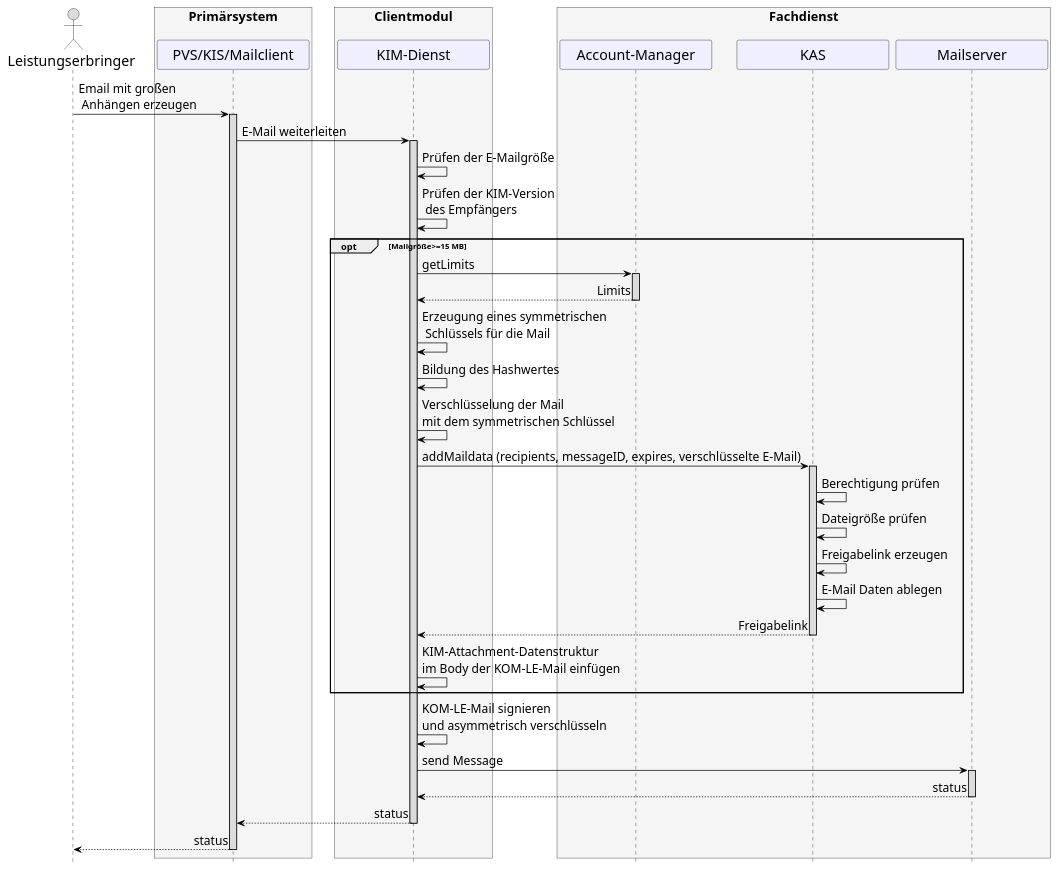
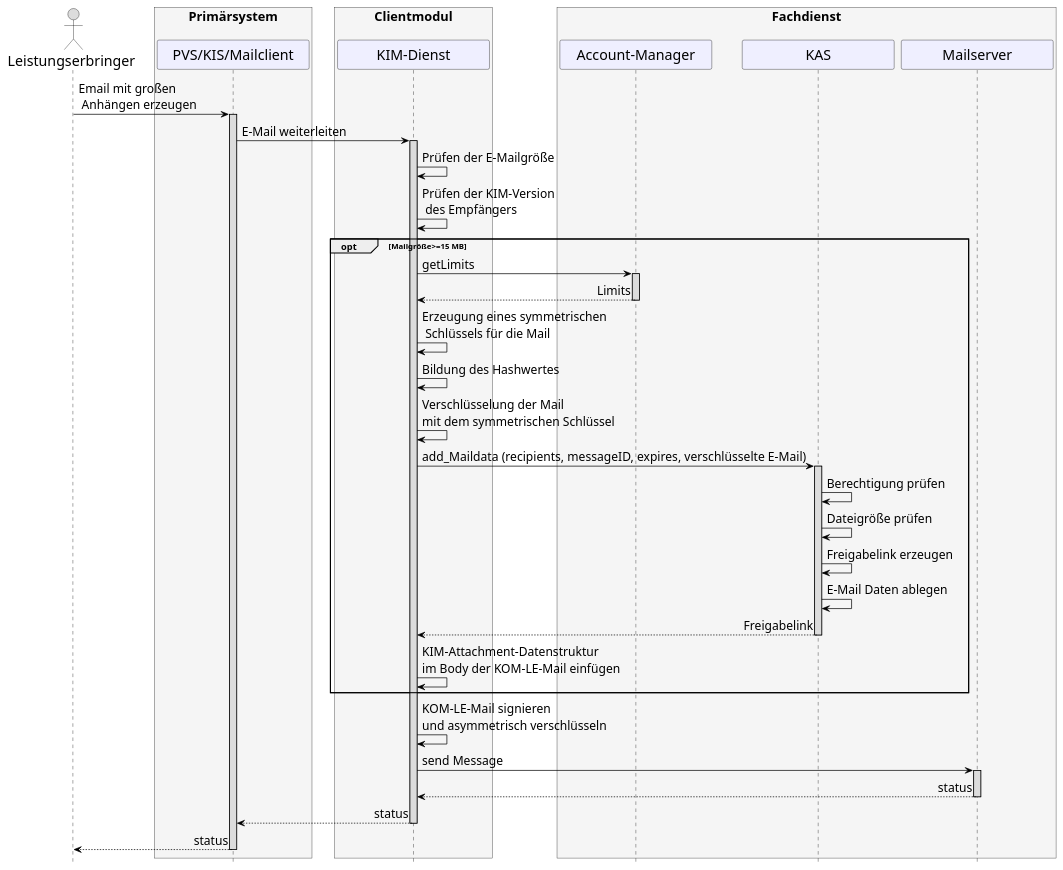
Before and after one commit to gematik/api-kim: the diagram in src/plantuml/Fachdienst/Seq_kas_email_senden.puml, drawn with PlantUML.

```diff
--- a/src/plantuml/Fachdienst/Seq_kas_email_senden.puml
+++ b/src/plantuml/Fachdienst/Seq_kas_email_senden.puml
@@ -8,72 +8,72 @@
 @startuml
 skinparam sequenceMessageAlign direction
 skinparam minClassWidth 200
 skinparam BoxPadding 15
 skinparam sequenceReferenceHeaderBackgroundColor palegreen
 scale max 2048 width
 hide footbox
 
 skinparam sequence {
 ArrowColor black
 ArrowFontSize 17
 ActorBorderColor black
 LifeLineBorderColor black
 LifeLineBackgroundColor Gainsboro
 
 ParticipantBorderColor Motivation
 ParticipantBackgroundColor Motivation
 ParticipantFontSize 20
 ParticipantFontColor black
 ParticipantBorderColor Black
 ParticipantBackgroundColor MOTIVATION
 
 ActorBackgroundColor Gainsboro
 ActorFontColor black
 ActorFontSize 20
 ActorFontName Aapex
 }
       actor L as "Leistungserbringer"
       box <size:18>Primärsystem\n #WhiteSmoke
             participant P as "PVS/KIS/Mailclient"
       end box
       box <size:18>Clientmodul\n #WhiteSmoke
       participant KM as "KIM-Dienst"
       end box
       box <size:18>Fachdienst\n #WhiteSmoke
       participant AM as "Account-Manager"
       participant K as "KAS"
       participant MS as "Mailserver"
       end box
 
 L->P: Email mit großen\n Anhängen erzeugen
  activate P
  P->KM: E-Mail weiterleiten
  activate KM
  KM->KM: Prüfen der E-Mailgröße
  KM->KM: Prüfen der KIM-Version\n des Empfängers
  opt Mailgröße>=15 MB
  KM->AM: getLimits
  activate AM
  AM-->KM: Limits
  deactivate AM
  KM->KM: Erzeugung eines symmetrischen\n Schlüssels für die Mail
  KM->KM: Bildung des Hashwertes
  KM->KM: Verschlüsselung der Mail \nmit dem symmetrischen Schlüssel
- KM->K: addMaildata (recipients, messageID, expires, verschlüsselte E-Mail)
+ KM->K: add_Maildata (recipients, messageID, expires, verschlüsselte E-Mail)
  activate K
  K->K: Berechtigung prüfen
  K->K: Dateigröße prüfen
  K->K: Freigabelink erzeugen
  K->K: E-Mail Daten ablegen
  K-->KM: Freigabelink
  deactivate K
  KM->KM: KIM-Attachment-Datenstruktur \nim Body der KOM-LE-Mail einfügen
  end
  KM->KM: KOM-LE-Mail signieren \nund asymmetrisch verschlüsseln
  KM->MS++: send Message
  MS-->KM--: status
  KM-->P:status
  deactivate KM
  P-->L:status
  deactivate P
 @enduml
```
